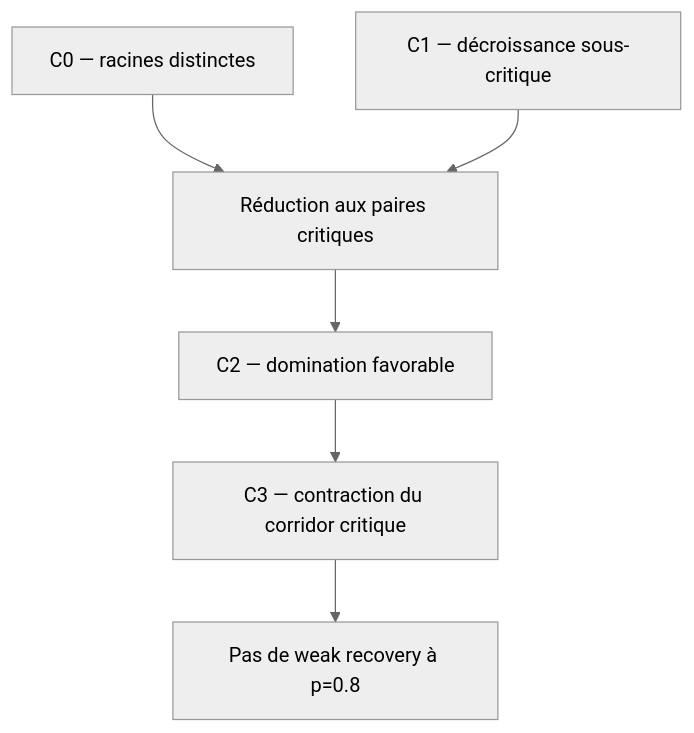
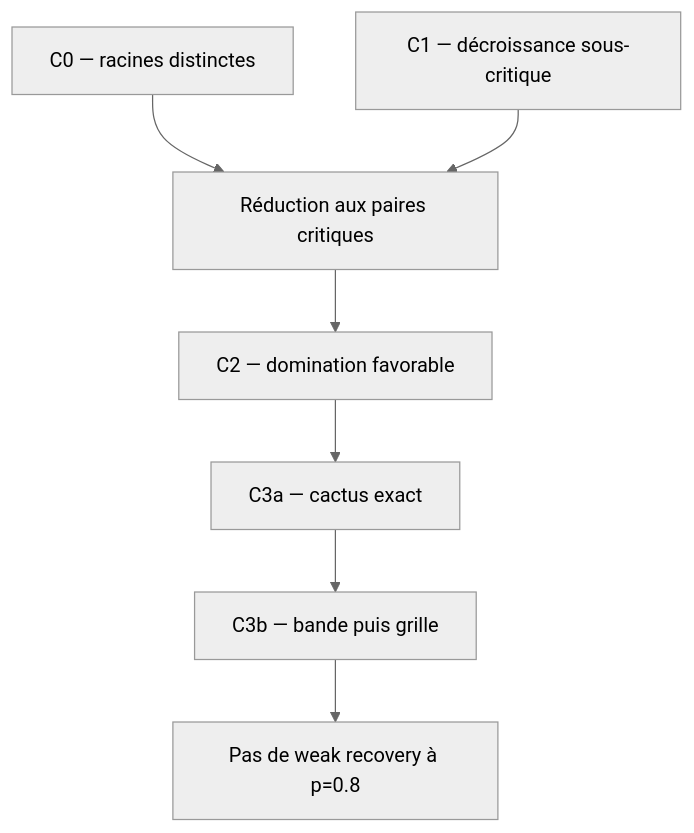
One commit to Ludwig-H/Presentation-MathNet-2026-06-15 changed the diagram in research/hierarchical-swendsen-wang/README.md. Above: the diagram before and after it, drawn with Mermaid (neutral theme). The commit also changed other lines of this file and 11 other files, not shown here.

Commit message:
Prove exact critical cactus correlation decay

````diff
--- a/research/hierarchical-swendsen-wang/README.md
+++ b/research/hierarchical-swendsen-wang/README.md
@@ -127,8 +133,9 @@
 ```mermaid
 flowchart TD
     C0["C0 — racines distinctes"] --> R["Réduction aux paires critiques"]
     C1["C1 — décroissance sous-critique"] --> R
     R --> C2["C2 — domination favorable"]
-    C2 --> C3["C3 — contraction du corridor critique"]
-    C3 --> W["Pas de weak recovery à p=0.8"]
+    C2 --> C3a["C3a — cactus exact"]
+    C3a --> C3b["C3b — bande puis grille"]
+    C3b --> W["Pas de weak recovery à p=0.8"]
 ```
````
